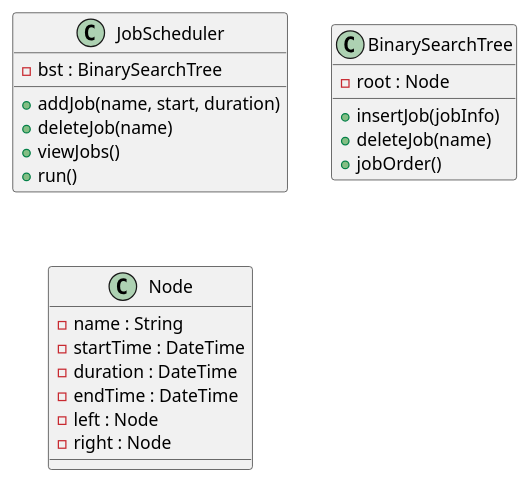
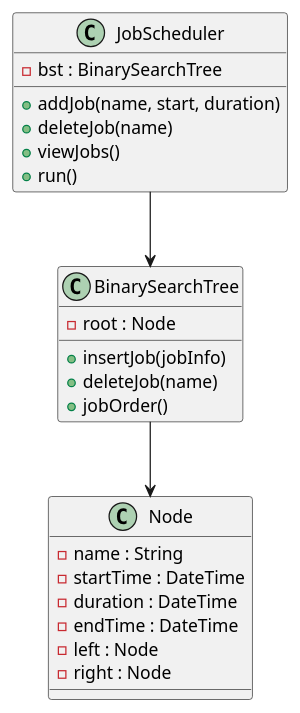
The diagram in docs/design/design.puml (nu-cs-sw-design/project-20252601-bkdc), drawn with PlantUML before and after one commit.

Commit message:
relationships for class diagram

```diff
--- a/docs/design/design.puml
+++ b/docs/design/design.puml
@@ -1,29 +1,33 @@
 @startuml
 
 ' main program
 class JobScheduler {
     - bst : BinarySearchTree
     + addJob(name, start, duration)
     + deleteJob(name)
     + viewJobs()
     + run()
 }
 
 ' data structures
 class BinarySearchTree {
     - root : Node
     + insertJob(jobInfo)
     + deleteJob(name)
     + jobOrder()
 }
 
 class Node {
     - name : String
     - startTime : DateTime
     - duration : DateTime
     - endTime : DateTime
     - left : Node
     - right : Node
 }
 
+' relationships
+JobScheduler --> BinarySearchTree
+BinarySearchTree --> Node
+
 @enduml
```
